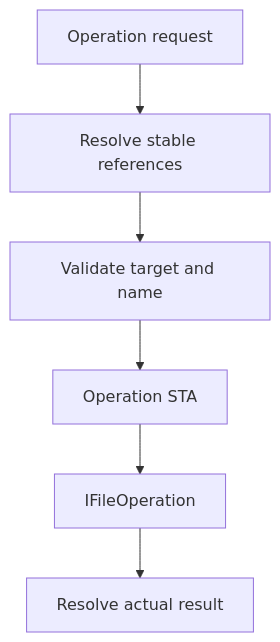
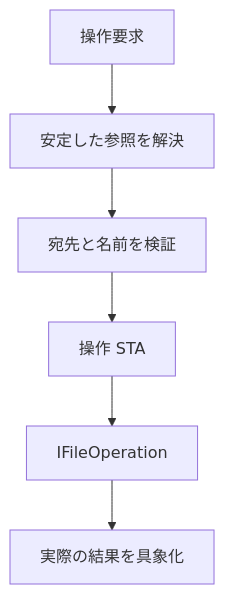
One commit to 0x5bfa/Files changed the second of 2 diagrams in docs/architecture/operations.md. Above: the diagram before and after it, drawn with Mermaid. The commit also changed other lines of this file and 18 other files, not shown here.

Commit message:
Translate architecture docs to Japanese

````diff
--- a/docs/architecture/operations.md
+++ b/docs/architecture/operations.md
@@ -81,15 +71,15 @@
 ```mermaid
 flowchart TD
-    Request["Operation request"]
-    Resolve["Resolve stable references"]
-    Validate["Validate target and name"]
-    STA["Operation STA"]
+    Request["操作要求"]
+    Resolve["安定した参照を解決"]
+    Validate["宛先と名前を検証"]
+    STA["操作 STA"]
     Shell["IFileOperation"]
-    Materialize["Resolve actual result"]
+    Materialize["実際の結果を具象化"]
 
     Request --> Resolve
     Resolve --> Validate
     Validate --> STA
     STA --> Shell
     Shell --> Materialize
 ```
````
